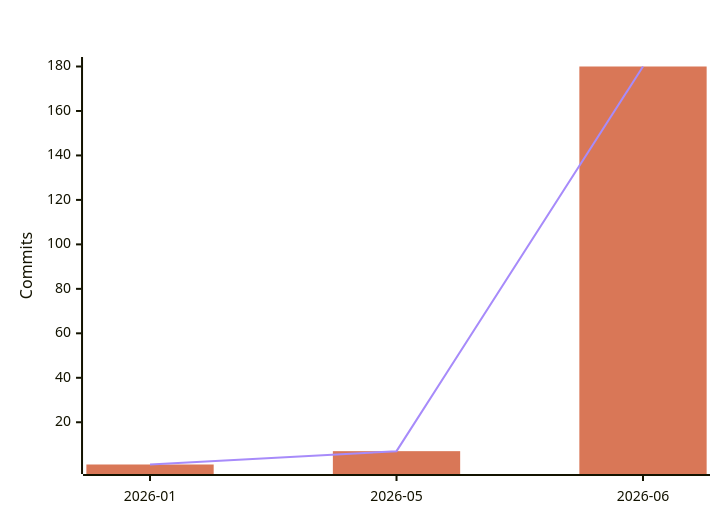
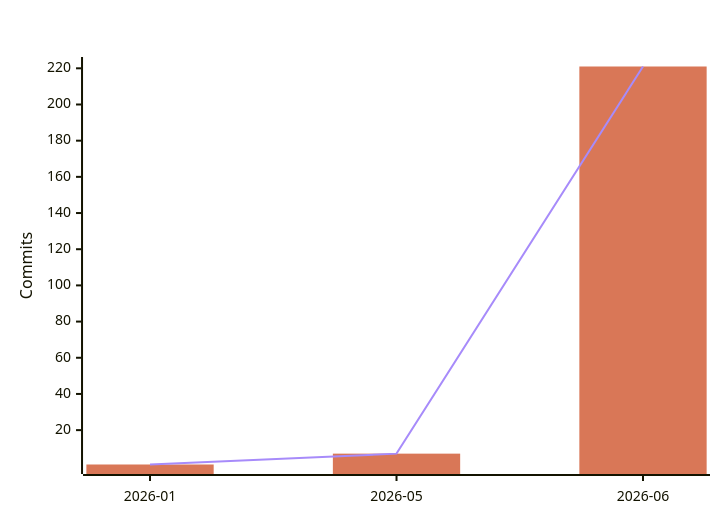
The fourth of 7 diagrams in README.md (polo-nyan/polo-nyan), drawn with Mermaid before and after one commit. The commit also changed other lines of this file and 1 other file, not shown here.

````diff
--- a/README.md
+++ b/README.md
@@ -246,9 +246,9 @@
 ```mermaid
 %%{init: {"xyChart": {"titleColor": "#ffffff", "xAxisLabelColor": "#ffffff", "yAxisLabelColor": "#ffffff"}, "themeVariables": {"xyChart": {"titleColor": "#ffffff", "plotColorPalette": "#d97757, #a78bfa"}}}}%%
 xychart-beta
     title "AI-Assisted Commits Per Month"
     x-axis ["2026-01", "2026-05", "2026-06"]
     y-axis "Commits"
-    bar [1, 7, 180]
-    line [1, 7, 180]
+    bar [1, 7, 221]
+    line [1, 7, 221]
 ```
````
